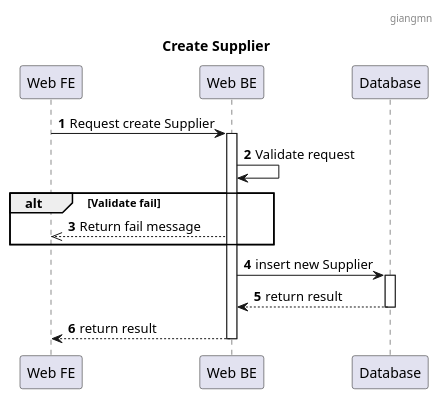
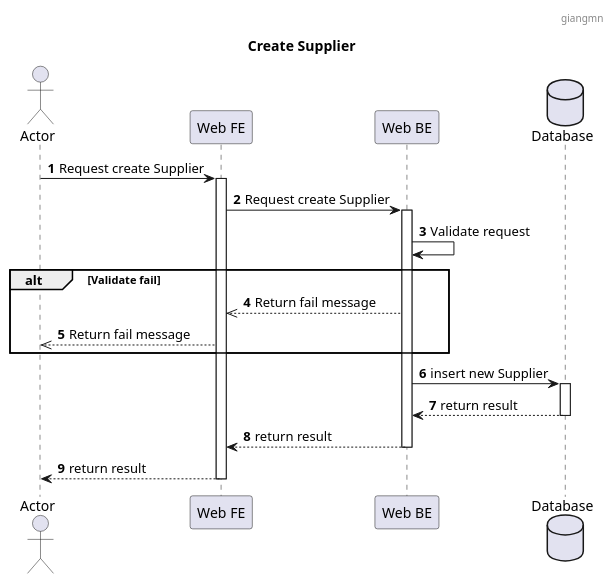
The diagram in Supplier/Create new Supplier.puml (jang1902/SEP490_Sequence), drawn with PlantUML before and after one commit. The commit also changed 12 other files, not shown here.

```diff
--- a/Supplier/Create new Supplier.puml
+++ b/Supplier/Create new Supplier.puml
@@ -1,24 +1,30 @@
 @startuml
 header : giangmn
 title: Create Supplier
 autonumber
 
+actor "Actor" as a
 participant "Web FE" as fe
 participant "Web BE" as be
-participant "Database" as db
+database "Database" as db
 
+a-> fe: Request create Supplier
+fe++
 fe -> be: Request create Supplier
 be++
 be -> be: Validate request
 alt Validate fail
 be -->> fe: Return fail message
+fe -->> a: Return fail message
 end
 
 be -> db: insert new Supplier
 db++
 db --> be: return result
 db--
 be --> fe: return result
 be--
+fe--> a: return result
+fe--
 
 @enduml
```
